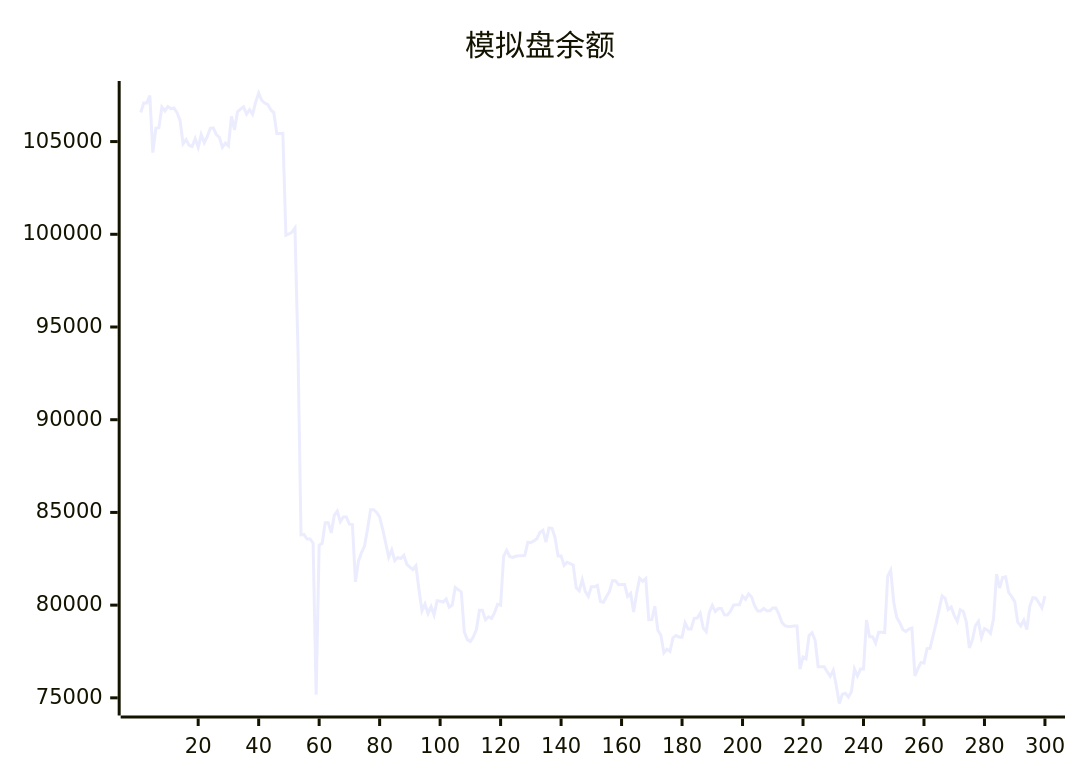
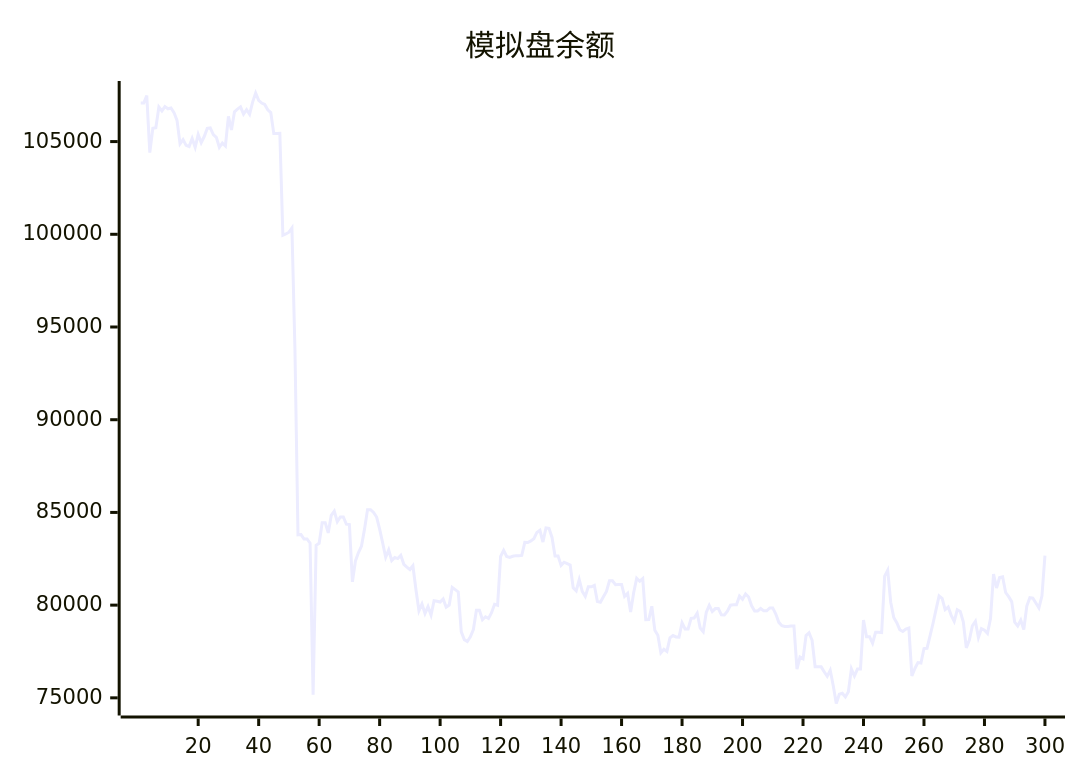
One commit to aahl/ai-trading changed the diagram in README.md. Above: the diagram before and after it, drawn with Mermaid. The commit also changed other lines of this file and 1 other file, not shown here.

````diff
--- a/README.md
+++ b/README.md
@@ -5,5 +5,5 @@
 ```mermaid
 xychart
     title "模拟盘余额"
-    line [106565,107081,107081,107478,104404,105715,105749,106866,106651,106889,106771,106816,106565,106141,104876,105103,104796,104734,105169,104690,105380,104941,105272,105709,105739,105374,105227,104691,104924,104762,106364,105628,106608,106748,106872,106485,106721,106468,107132,107620,107224,107080,107001,106717,106567,105431,105431,105440,99950,100017,100113,100337,93749,83795,83807,83567,83567,83342,75168,83222,83336,84448,84449,83896,84839,85065,84499,84757,84757,84364,84347,81254,82385,82835,83184,84099,85150,85150,85002,84751,84096,83356,82582,82983,82404,82572,82512,82688,82200,82047,81920,82125,80840,79688,80060,79552,79920,79470,80236,80208,80170,80336,79894,80006,80954,80837,80712,78561,78139,78037,78293,78682,79720,79720,79214,79372,79279,79591,80046,79993,82625,82950,82626,82571,82633,82670,82670,82681,83386,83378,83464,83579,83920,84037,83402,84160,84142,83652,82655,82655,82145,82315,82243,82163,80934,80770,81371,80742,80468,80989,80989,81067,80191,80155,80450,80737,81309,81309,81106,81119,81119,80471,80631,79624,80670,81448,81290,81429,79212,79222,79940,78643,78380,77432,77623,77504,78235,78358,78284,78277,79048,78714,78714,79290,79308,79567,78763,78563,79603,79988,79652,79813,79813,79476,79469,79673,79995,80015,80015,80486,80314,80600,80436,79966,79689,79689,79819,79692,79692,79850,79850,79518,79071,78889,78850,78850,78878,78878,76554,77202,77103,78357,78510,78106,76678,76677,76672,76411,76159,76485,75656,74695,75197,75246,75052,75334,76564,76179,76553,76551,79196,78300,78300,77944,78531,78531,78521,81564,81884,80160,79335,79055,78675,78580,78708,78764,76179,76586,76902,76876,77658,77669,78346,79023,79769,80497,80366,79761,79896,79448,79126,79749,79658,79097,77695,78114,78888,79126,78249,78738,78653,78478,79271,81680,80923,81488,81527,80681,80455,80190,79084,78879,79193,78686,79954,80403,80374,80118,79848,80491]
+    line [107081,107081,107478,104404,105715,105749,106866,106651,106889,106771,106816,106565,106141,104876,105103,104796,104734,105169,104690,105380,104941,105272,105709,105739,105374,105227,104691,104924,104762,106364,105628,106608,106748,106872,106485,106721,106468,107132,107620,107224,107080,107001,106717,106567,105431,105431,105440,99950,100017,100113,100337,93749,83795,83807,83567,83567,83342,75168,83222,83336,84448,84449,83896,84839,85065,84499,84757,84757,84364,84347,81254,82385,82835,83184,84099,85150,85150,85002,84751,84096,83356,82582,82983,82404,82572,82512,82688,82200,82047,81920,82125,80840,79688,80060,79552,79920,79470,80236,80208,80170,80336,79894,80006,80954,80837,80712,78561,78139,78037,78293,78682,79720,79720,79214,79372,79279,79591,80046,79993,82625,82950,82626,82571,82633,82670,82670,82681,83386,83378,83464,83579,83920,84037,83402,84160,84142,83652,82655,82655,82145,82315,82243,82163,80934,80770,81371,80742,80468,80989,80989,81067,80191,80155,80450,80737,81309,81309,81106,81119,81119,80471,80631,79624,80670,81448,81290,81429,79212,79222,79940,78643,78380,77432,77623,77504,78235,78358,78284,78277,79048,78714,78714,79290,79308,79567,78763,78563,79603,79988,79652,79813,79813,79476,79469,79673,79995,80015,80015,80486,80314,80600,80436,79966,79689,79689,79819,79692,79692,79850,79850,79518,79071,78889,78850,78850,78878,78878,76554,77202,77103,78357,78510,78106,76678,76677,76672,76411,76159,76485,75656,74695,75197,75246,75052,75334,76564,76179,76553,76551,79196,78300,78300,77944,78531,78531,78521,81564,81884,80160,79335,79055,78675,78580,78708,78764,76179,76586,76902,76876,77658,77669,78346,79023,79769,80497,80366,79761,79896,79448,79126,79749,79658,79097,77695,78114,78888,79126,78249,78738,78653,78478,79271,81680,80923,81488,81527,80681,80455,80190,79084,78879,79193,78686,79954,80403,80374,80118,79848,80491,82665]
 ```
````
